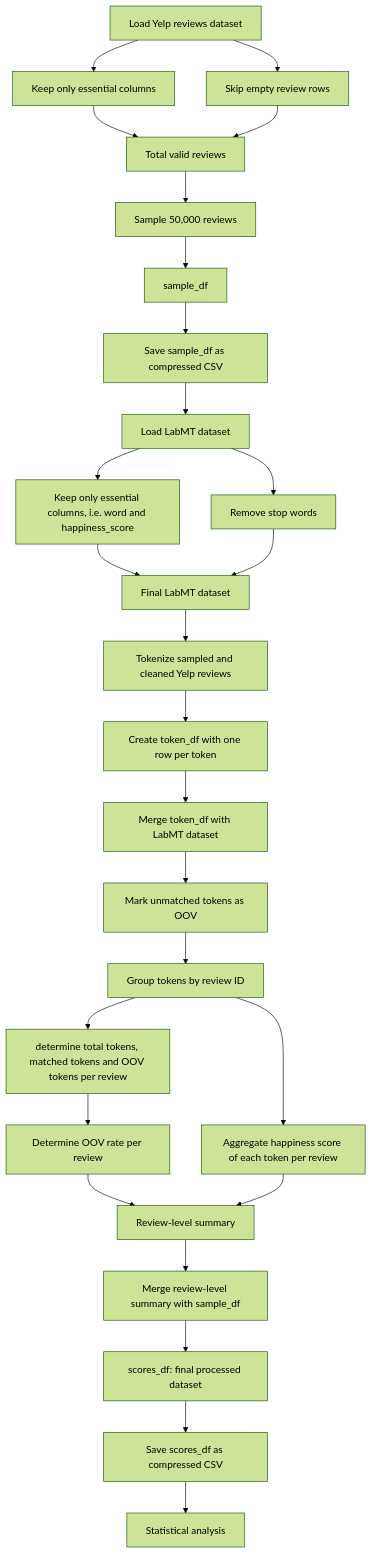
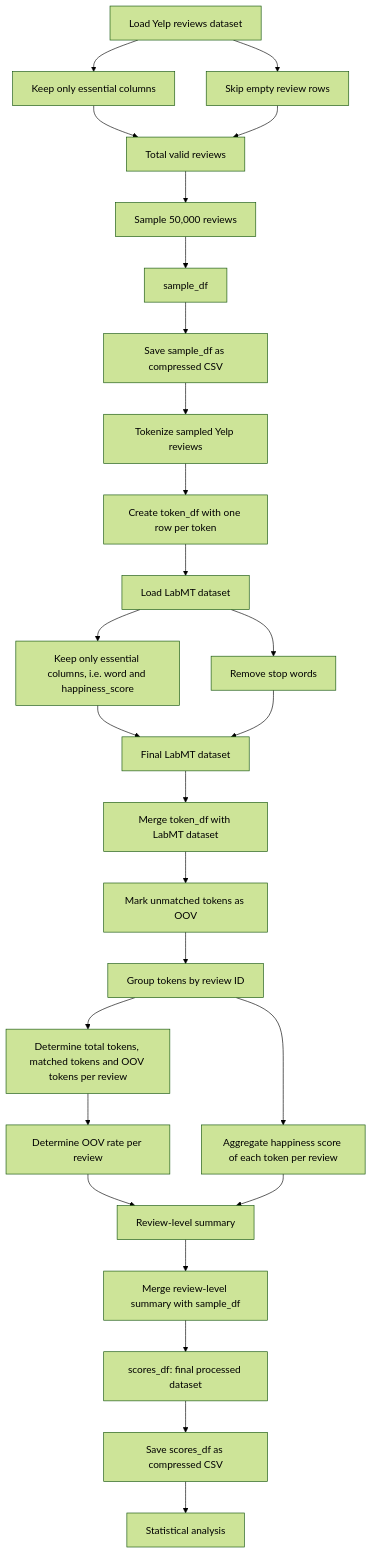
The diagram in README.md (jtjgbnnvxf-creator/hedonometer), drawn with Mermaid (forest theme) before and after one commit.

Commit message:
rematch flowchart to pipeline

````diff
--- a/README.md
+++ b/README.md
@@ -7,29 +7,29 @@
 ```mermaid
 flowchart TD
     A[Load Yelp reviews dataset] --> B[Keep only essential columns]
     A --> C[Skip empty review rows]
     B --> D[Total valid reviews]
     C --> D
     D --> E[Sample 50,000 reviews]
     E --> F[sample_df]
     F --> G[Save sample_df as compressed CSV]
-    G --> H[Load LabMT dataset]
-    H --> I[Keep only essential columns, i.e. word and happiness_score]
-    H --> J[Remove stop words]
-    I --> K[Final LabMT dataset]
-    J --> K
-    K --> L[Tokenize sampled and cleaned Yelp reviews]
-    L --> M[Create token_df with one row per token]
+    G --> H[Tokenize sampled Yelp reviews]
+    H --> I[Create token_df with one row per token]
+    I --> J[Load LabMT dataset]
+    J --> K[Keep only essential columns, i.e. word and happiness_score]
+    J --> L[Remove stop words]
+    K --> M[Final LabMT dataset]
+    L --> M
     M --> N[Merge token_df with LabMT dataset]
     N --> O[Mark unmatched tokens as OOV]
     O --> P[Group tokens by review ID]
     P --> Q[Aggregate happiness score of each token per review]
-    P --> R[determine total tokens, matched tokens and OOV tokens per review]
+    P --> R[Determine total tokens, matched tokens and OOV tokens per review]
     R --> S[Determine OOV rate per review]
     S --> T[Review-level summary]
     Q --> T
     T --> U[Merge review-level summary with sample_df]
     U --> V[scores_df: final processed dataset]
     V --> W[Save scores_df as compressed CSV]
     W --> X[Statistical analysis]
 ```
````
